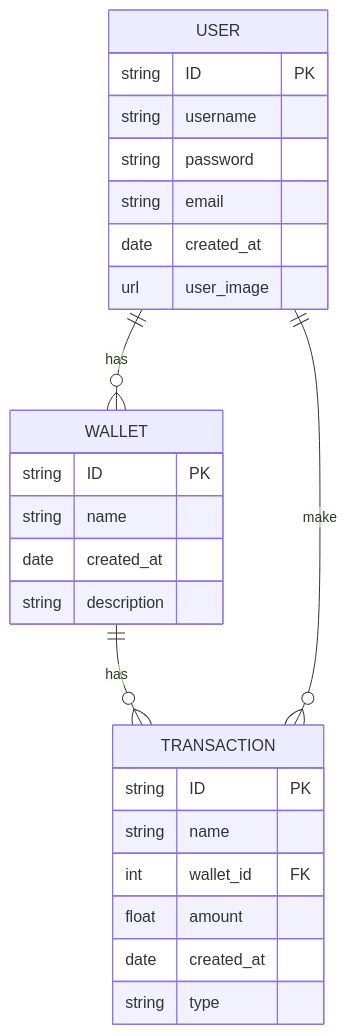
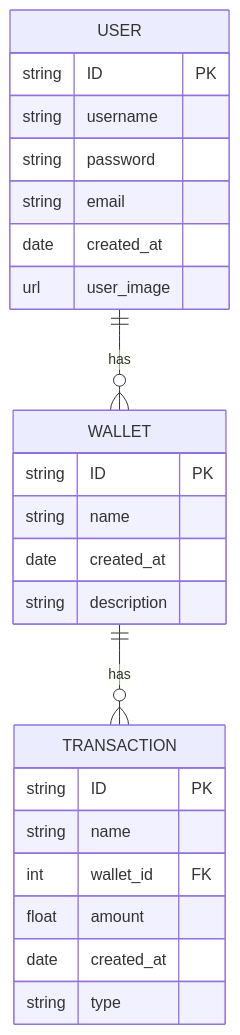
One commit to BinniesLite/finance_app changed the diagram in README.md. Above: the diagram before and after it, drawn with Mermaid. The commit also changed other lines of this file, not shown here.

````diff
--- a/README.md
+++ b/README.md
@@ -81,34 +208,32 @@
 ```mermaid
 erDiagram
   WALLET ||--o{ TRANSACTION : has
-  
-  USER ||--O{ TRANSACTION : make 
   USER ||--O{ WALLET : has
 
   WALLET { 
     string ID PK
     string name  
     date created_at 
     string description 
   }
   
   TRANSACTION {
     string ID PK
     string name 
     int wallet_id FK
     float amount 
     date created_at 
     string type 
   }
 
   USER {
     string ID PK
     string username
     string password
     string email
     date created_at
     url user_image
 
   }
 
 ```
````
